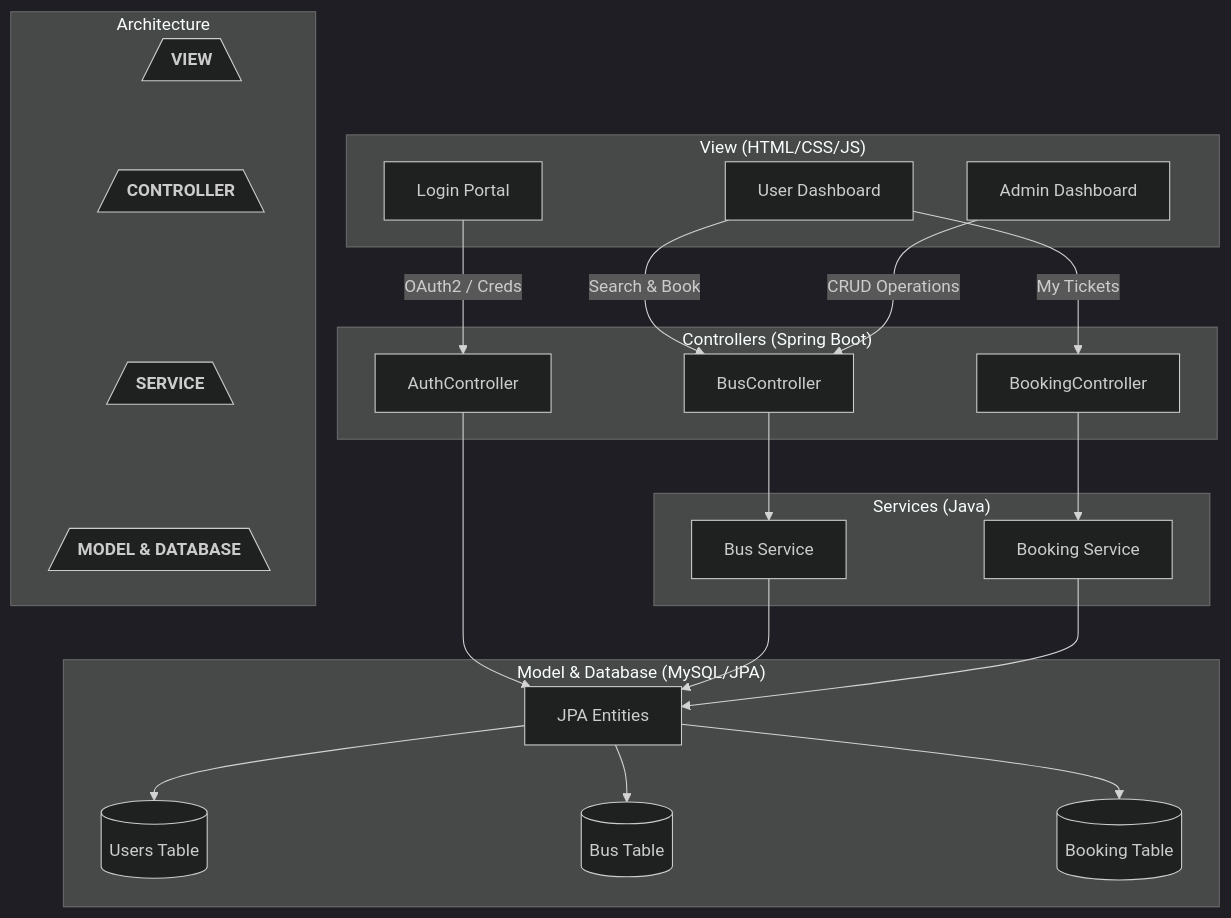
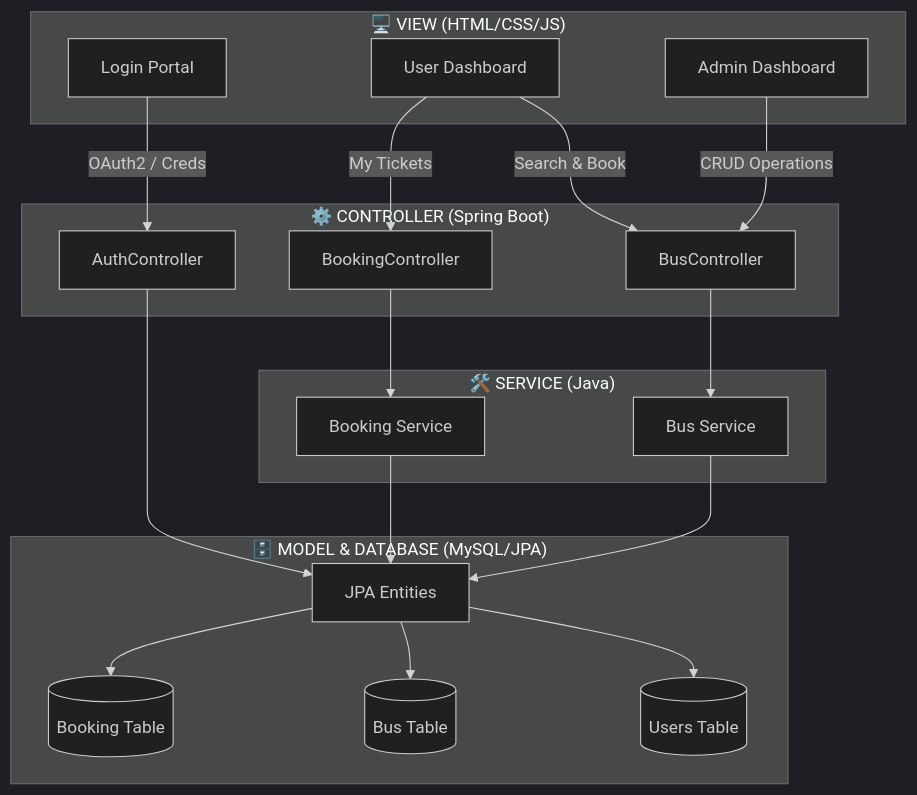
The diagram in README.md (Gokulraj-N80/Bus-Booking-System), drawn with Mermaid (dark theme) before and after one commit.

Commit message:
Optimize diagram layout

````diff
--- a/README.md
+++ b/README.md
@@ -82,65 +82,47 @@
 ```mermaid
 graph TD
-    %% Left Side Layer Labels
-    subgraph Layers ["Architecture"]
-        L1[/"<b>VIEW</b>"\]
-        L2[/"<b>CONTROLLER</b>"\]
-        L3[/"<b>SERVICE</b>"\]
-        L4[/"<b>MODEL & DATABASE</b>"\]
-        
-        L1 ~~~ L2
-        L2 ~~~ L3
-        L3 ~~~ L4
-    end
-
     %% Frontend / View Layer
-    subgraph View ["View (HTML/CSS/JS)"]
+    subgraph View ["🖥️ VIEW (HTML/CSS/JS)"]
         UI_Home[Login Portal]
         UI_User[User Dashboard]
         UI_Admin[Admin Dashboard]
     end
 
     %% Controller Layer
-    subgraph Controllers ["Controllers (Spring Boot)"]
+    subgraph Controllers ["⚙️ CONTROLLER (Spring Boot)"]
         Ctrl_Auth[AuthController]
         Ctrl_Bus[BusController]
         Ctrl_Booking[BookingController]
     end
 
     %% Service Layer
-    subgraph Services ["Services (Java)"]
+    subgraph Services ["🛠️ SERVICE (Java)"]
         Svc_Bus[Bus Service]
         Svc_Book[Booking Service]
     end
 
     %% Model and Database Layer
-    subgraph ModelDatabase ["Model & Database (MySQL/JPA)"]
+    subgraph ModelDatabase ["🗄️ MODEL & DATABASE (MySQL/JPA)"]
         Entity[JPA Entities]
         DB_Users[(Users Table)]
         DB_Bus[(Bus Table)]
         DB_Booking[(Booking Table)]
     end
-
-    %% Invisible alignment links to force left-side placement
-    L1 ~~~ UI_Home
-    L2 ~~~ Ctrl_Auth
-    L3 ~~~ Svc_Bus
-    L4 ~~~ Entity
 
     %% Connections
     UI_Home -->|OAuth2 / Creds| Ctrl_Auth
     UI_User -->|Search & Book| Ctrl_Bus
     UI_User -->|My Tickets| Ctrl_Booking
     UI_Admin -->|CRUD Operations| Ctrl_Bus
 
     Ctrl_Auth --> Entity
     Ctrl_Bus --> Svc_Bus
     Ctrl_Booking --> Svc_Book
 
     Svc_Bus --> Entity
     Svc_Book --> Entity
 
     Entity --> DB_Users
     Entity --> DB_Bus
     Entity --> DB_Booking
 ```
````
